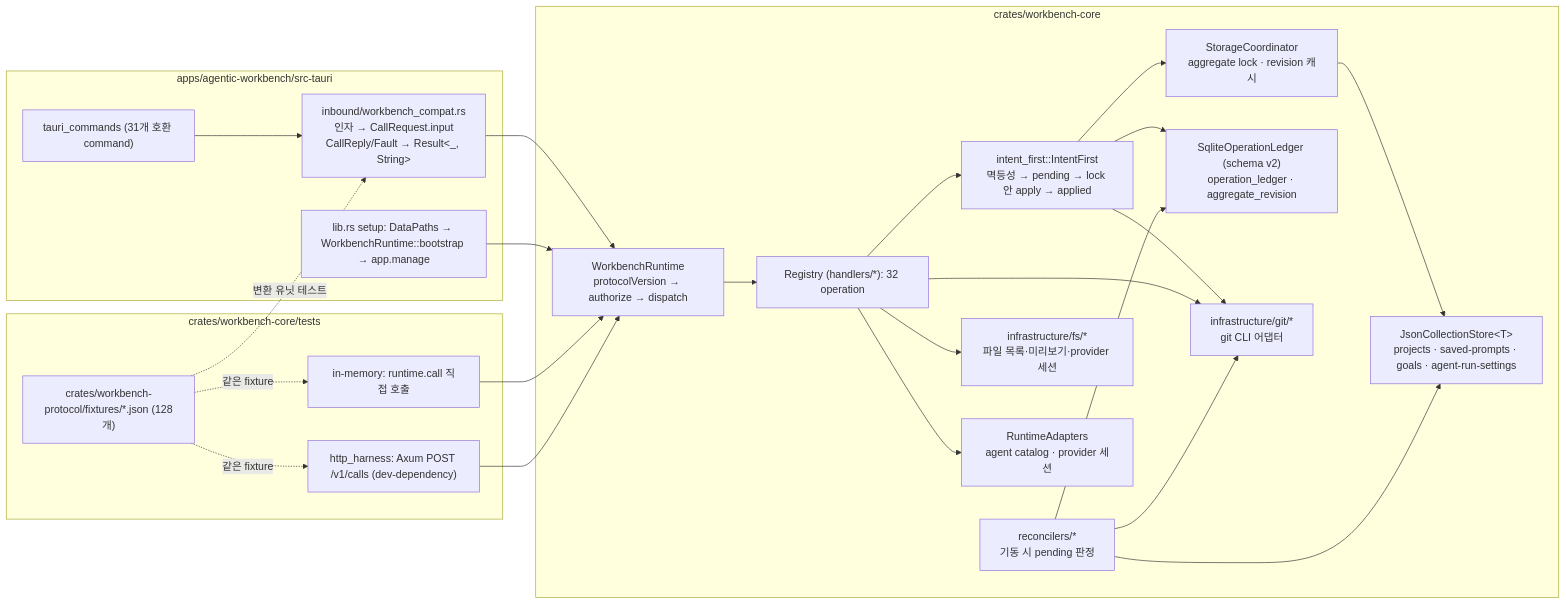
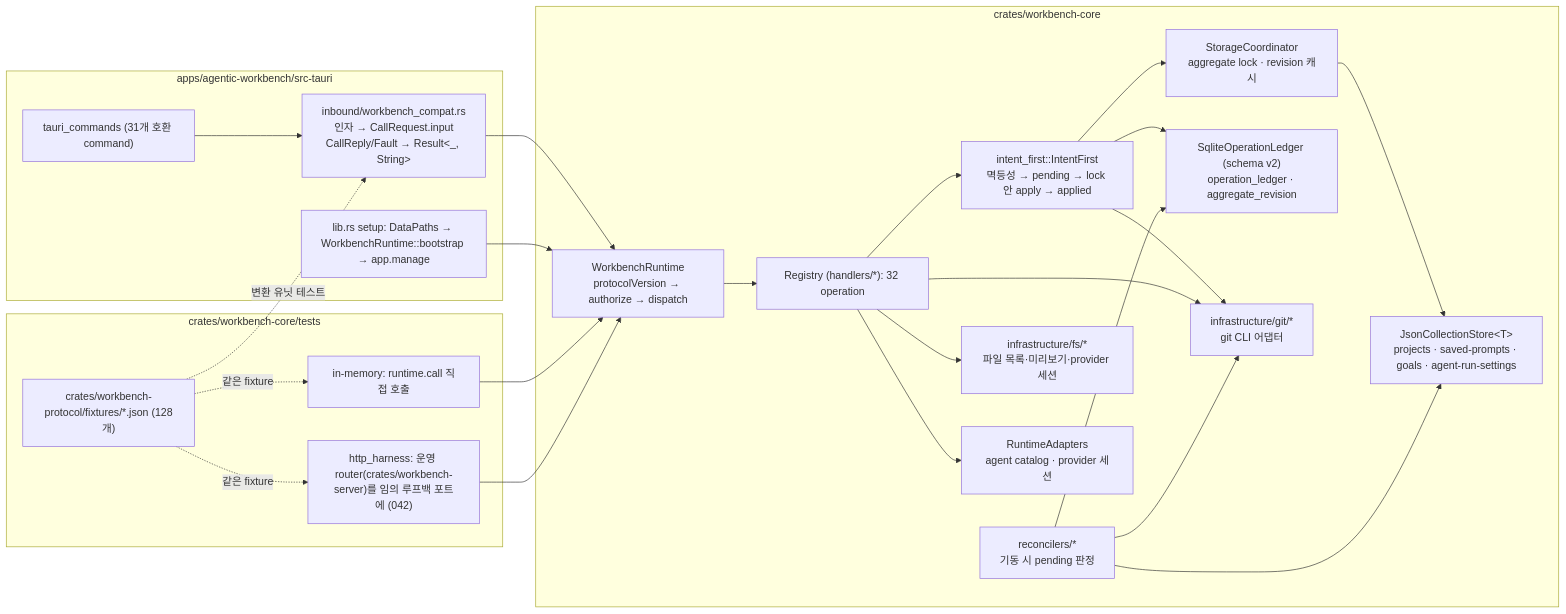
The first of 7 diagrams in docs/workbench-seam.md (yoophi/agentic-workspace), drawn with Mermaid before and after one commit. The commit also changed other lines of this file and 66 other files, not shown here.

First line of the commit message:
feat(aw): Workbench HTTP/WebSocket adapter served from the desktop runtime (042, stage 3) (#205)

````diff
--- a/docs/workbench-seam.md
+++ b/docs/workbench-seam.md
@@ -32,42 +32,42 @@
 ```mermaid
 flowchart LR
     subgraph AW["apps/agentic-workbench/src-tauri"]
         TC["tauri_commands (31개 호환 command)"]
         Compat["inbound/workbench_compat.rs<br/>인자 → CallRequest.input<br/>CallReply/Fault → Result&lt;_, String&gt;"]
         Setup["lib.rs setup: DataPaths → WorkbenchRuntime::bootstrap → app.manage"]
     end
     subgraph Core["crates/workbench-core"]
         RT["WorkbenchRuntime<br/>protocolVersion → authorize → dispatch"]
         Reg["Registry (handlers/*): 32 operation"]
         IF["intent_first::IntentFirst<br/>멱등성 → pending → lock 안 apply → applied"]
         Rec["reconcilers/*<br/>기동 시 pending 판정"]
         Coord["StorageCoordinator<br/>aggregate lock · revision 캐시"]
         Ledger["SqliteOperationLedger (schema v2)<br/>operation_ledger · aggregate_revision"]
         JSON["JsonCollectionStore&lt;T&gt;<br/>projects · saved-prompts · goals · agent-run-settings"]
         Git["infrastructure/git/*<br/>git CLI 어댑터"]
         FS["infrastructure/fs/*<br/>파일 목록·미리보기·provider 세션"]
         Ad["RuntimeAdapters<br/>agent catalog · provider 세션"]
     end
     subgraph Tests["crates/workbench-core/tests"]
         Mem["in-memory: runtime.call 직접 호출"]
-        HTTP["http_harness: Axum POST /v1/calls (dev-dependency)"]
+        HTTP["http_harness: 운영 router(crates/workbench-server)를 임의 루프백 포트에 (042)"]
         Fx["crates/workbench-protocol/fixtures/*.json (128개)"]
     end
     TC --> Compat --> RT
     Setup --> RT
     Mem --> RT
     HTTP --> RT
     RT --> Reg
     Reg --> IF --> Coord --> JSON
     IF --> Ledger
     IF --> Git
     Reg --> Git
     Reg --> FS
     Reg --> Ad
     Rec --> Ledger
     Rec --> JSON
     Rec --> Git
     Fx -.같은 fixture.-> Mem
     Fx -.같은 fixture.-> HTTP
     Fx -.변환 유닛 테스트.-> Compat
 ```
````
